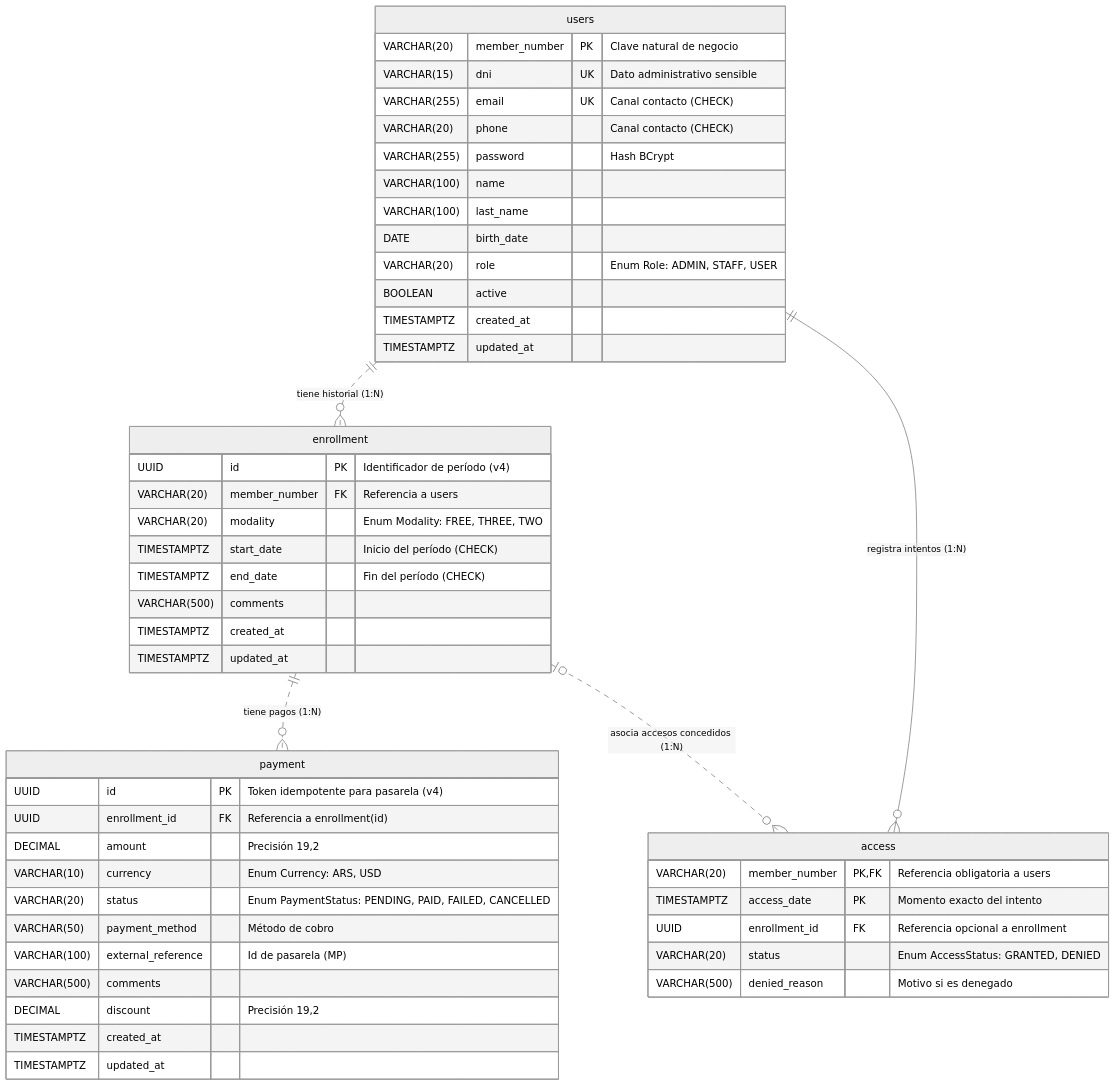
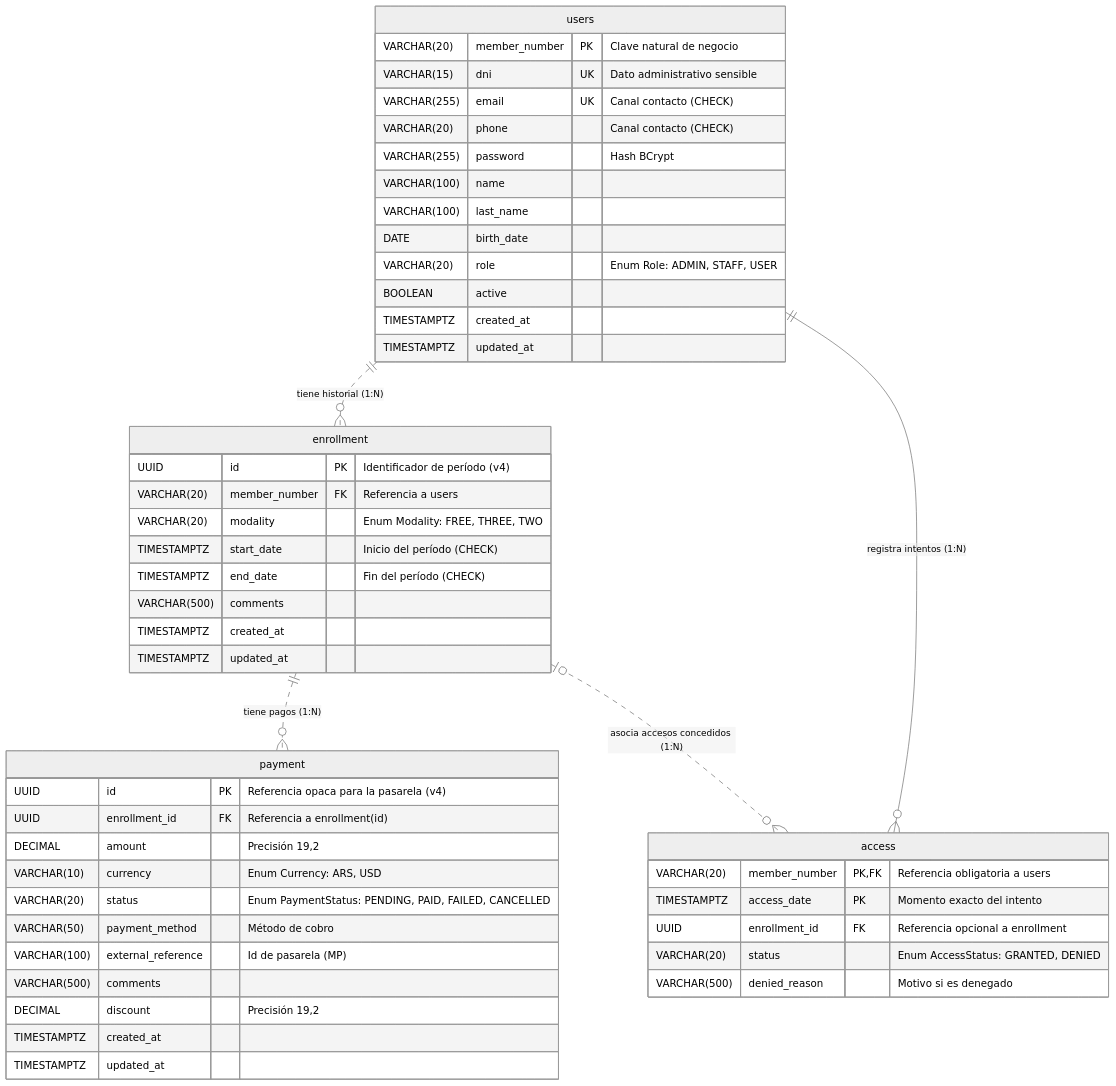
The diagram in docs/entidades.md (santiagovOK/TFI_grupo144), drawn with Mermaid (neutral theme) before and after one commit. The commit also changed other lines of this file and 1 other file, not shown here.

Commit message:
docs(schema): precisar garantías del esquema y requisitos de instalación

````diff
--- a/docs/entidades.md
+++ b/docs/entidades.md
@@ -7,51 +7,51 @@
 ```mermaid
 erDiagram
     users {
         VARCHAR(20) member_number PK "Clave natural de negocio"
         VARCHAR(15) dni UK "Dato administrativo sensible"
         VARCHAR(255) email UK "Canal contacto (CHECK)"
         VARCHAR(20) phone "Canal contacto (CHECK)"
         VARCHAR(255) password "Hash BCrypt"
         VARCHAR(100) name
         VARCHAR(100) last_name
         DATE birth_date
         VARCHAR(20) role "Enum Role: ADMIN, STAFF, USER"
         BOOLEAN active
         TIMESTAMPTZ created_at
         TIMESTAMPTZ updated_at
     }
     enrollment {
         UUID id PK "Identificador de período (v4)"
         VARCHAR(20) member_number FK "Referencia a users"
         VARCHAR(20) modality "Enum Modality: FREE, THREE, TWO"
         TIMESTAMPTZ start_date "Inicio del período (CHECK)"
         TIMESTAMPTZ end_date "Fin del período (CHECK)"
         VARCHAR(500) comments
         TIMESTAMPTZ created_at
         TIMESTAMPTZ updated_at
     }
     payment {
-        UUID id PK "Token idempotente para pasarela (v4)"
+        UUID id PK "Referencia opaca para la pasarela (v4)"
         UUID enrollment_id FK "Referencia a enrollment(id)"
         DECIMAL amount "Precisión 19,2"
         VARCHAR(10) currency "Enum Currency: ARS, USD"
         VARCHAR(20) status "Enum PaymentStatus: PENDING, PAID, FAILED, CANCELLED"
         VARCHAR(50) payment_method "Método de cobro"
         VARCHAR(100) external_reference "Id de pasarela (MP)"
         VARCHAR(500) comments
         DECIMAL discount "Precisión 19,2"
         TIMESTAMPTZ created_at
         TIMESTAMPTZ updated_at
     }
     access {
         VARCHAR(20) member_number PK,FK "Referencia obligatoria a users"
         TIMESTAMPTZ access_date PK "Momento exacto del intento"
         UUID enrollment_id FK "Referencia opcional a enrollment"
         VARCHAR(20) status "Enum AccessStatus: GRANTED, DENIED"
         VARCHAR(500) denied_reason "Motivo si es denegado"
     }
     users ||..o{ enrollment : "tiene historial (1:N)"
     users ||--o{ access : "registra intentos (1:N)"
     enrollment ||..o{ payment : "tiene pagos (1:N)"
     enrollment |o..o{ access : "asocia accesos concedidos (1:N)"
 ```
````
